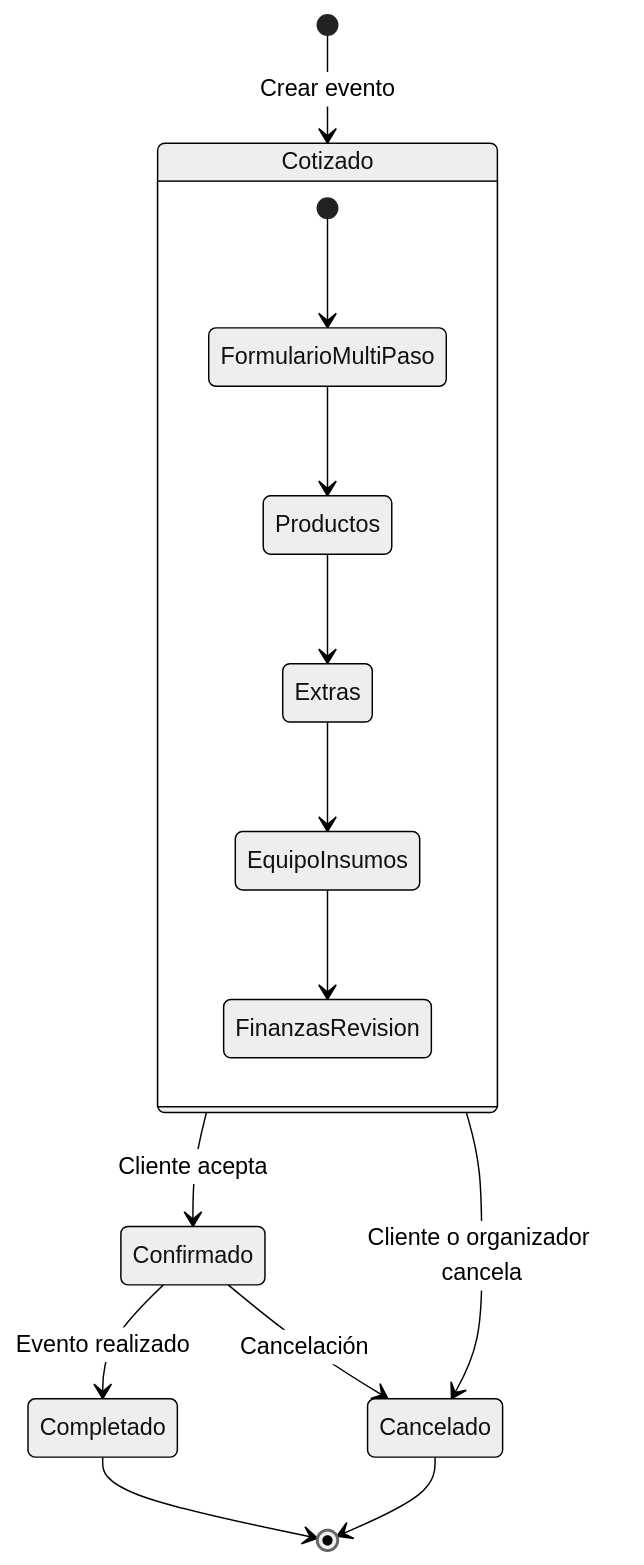
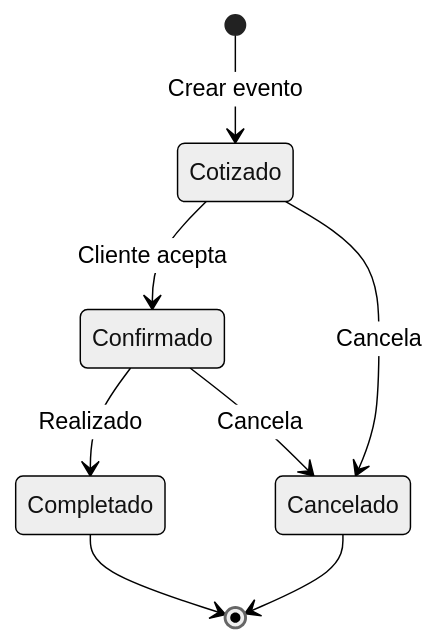
The diagram in docs/PRD/02_FEATURES.md (tiagofur/solennix), drawn with Mermaid (neutral theme) before and after one commit. The commit also changed other lines of this file and 41 other files, not shown here.

````diff
--- a/docs/PRD/02_FEATURES.md
+++ b/docs/PRD/02_FEATURES.md
@@ -59,18 +103,10 @@
 ```mermaid
 stateDiagram-v2
     [*] --> Cotizado: Crear evento
     Cotizado --> Confirmado: Cliente acepta
-    Cotizado --> Cancelado: Cliente o organizador cancela
-    Confirmado --> Completado: Evento realizado
-    Confirmado --> Cancelado: Cancelación
+    Cotizado --> Cancelado: Cancela
+    Confirmado --> Completado: Realizado
+    Confirmado --> Cancelado: Cancela
     Completado --> [*]
     Cancelado --> [*]
-
-    state Cotizado {
-        [*] --> FormularioMultiPaso
-        FormularioMultiPaso --> Productos
-        Productos --> Extras
-        Extras --> EquipoInsumos
-        EquipoInsumos --> FinanzasRevision
-    }
 ```
````
